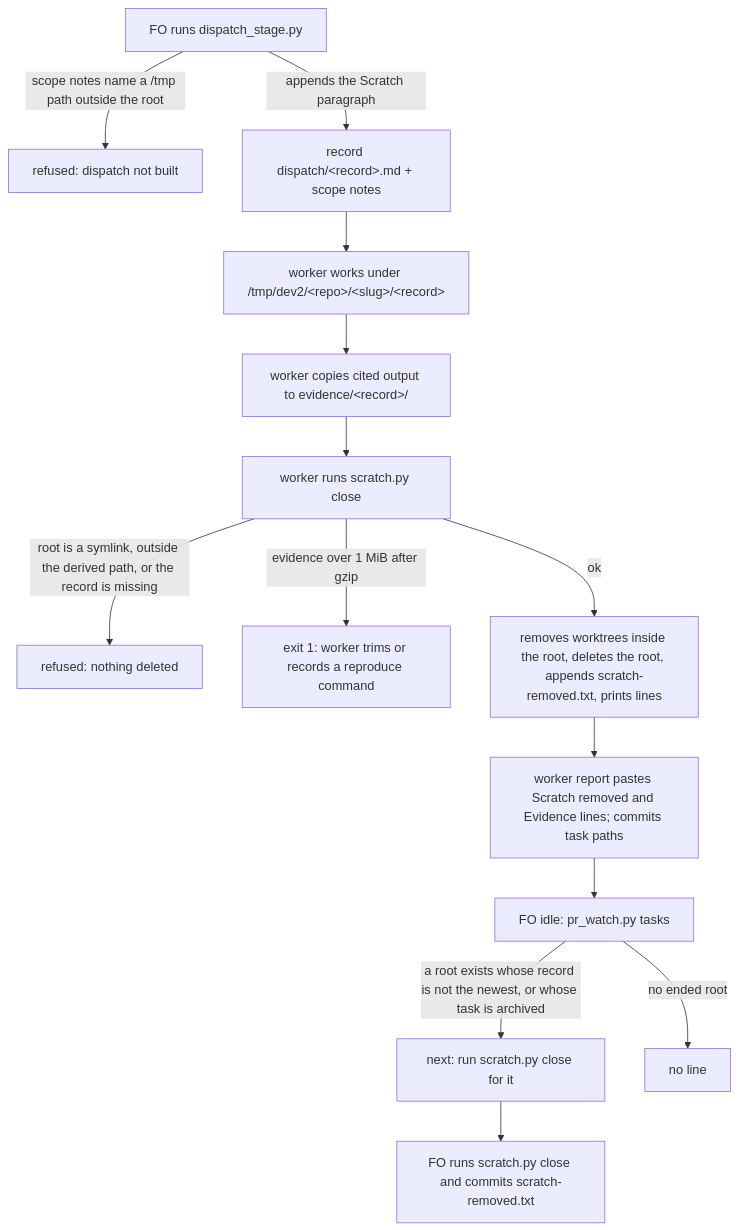
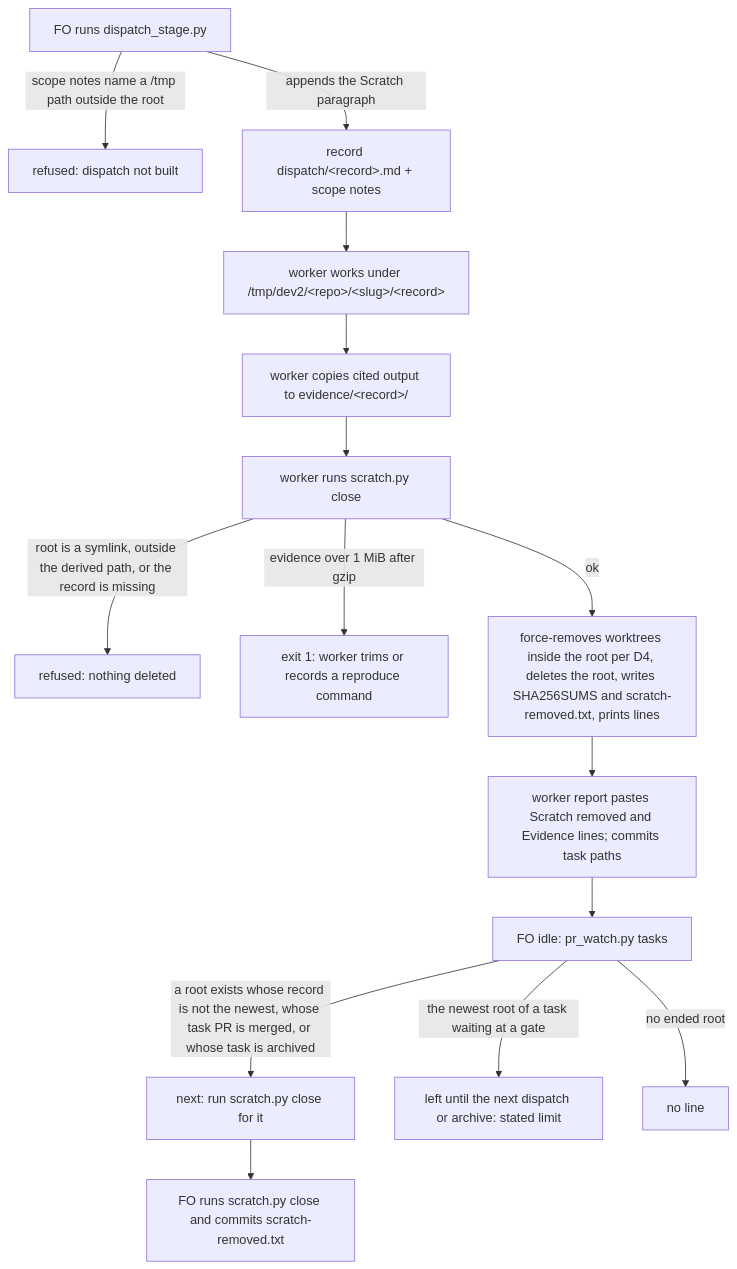
The diagram in dispatch-close-out-archives-evidence-and-removes-scratch.md (iamcxa/kc-claude-plugins), drawn with Mermaid before and after one commit. The commit also changed other lines of this file and 1 other file, not shown here.

Commit message:
ideation: dispatch-close-out-archives-evidence-and-removes-scratch corrections after review

````diff
--- a/dispatch-close-out-archives-evidence-and-removes-scratch.md
+++ b/dispatch-close-out-archives-evidence-and-removes-scratch.md
@@ -76,16 +76,17 @@
 ```mermaid
 flowchart TD
   FO[FO runs dispatch_stage.py] -->|scope notes name a /tmp path outside the root| H1[refused: dispatch not built]
   FO -->|appends the Scratch paragraph| R[record dispatch/&lt;record&gt;.md + scope notes]
   R --> W[worker works under /tmp/dev2/&lt;repo&gt;/&lt;slug&gt;/&lt;record&gt;]
   W --> E[worker copies cited output to evidence/&lt;record&gt;/]
   E --> C[worker runs scratch.py close]
   C -->|root is a symlink, outside the derived path, or the record is missing| H2[refused: nothing deleted]
   C -->|evidence over 1 MiB after gzip| H3[exit 1: worker trims or records a reproduce command]
-  C -->|ok| D[removes worktrees inside the root, deletes the root, appends scratch-removed.txt, prints lines]
+  C -->|ok| D[force-removes worktrees inside the root per D4, deletes the root, writes SHA256SUMS and scratch-removed.txt, prints lines]
   D --> REP[worker report pastes Scratch removed and Evidence lines; commits task paths]
   REP --> IDLE[FO idle: pr_watch.py tasks]
-  IDLE -->|a root exists whose record is not the newest, or whose task is archived| N[next: run scratch.py close for it]
+  IDLE -->|a root exists whose record is not the newest, whose task PR is merged, or whose task is archived| N[next: run scratch.py close for it]
+  IDLE -->|the newest root of a task waiting at a gate| L[left until the next dispatch or archive: stated limit]
   N --> C2[FO runs scratch.py close and commits scratch-removed.txt]
   IDLE -->|no ended root| Q[no line]
 ```
````
